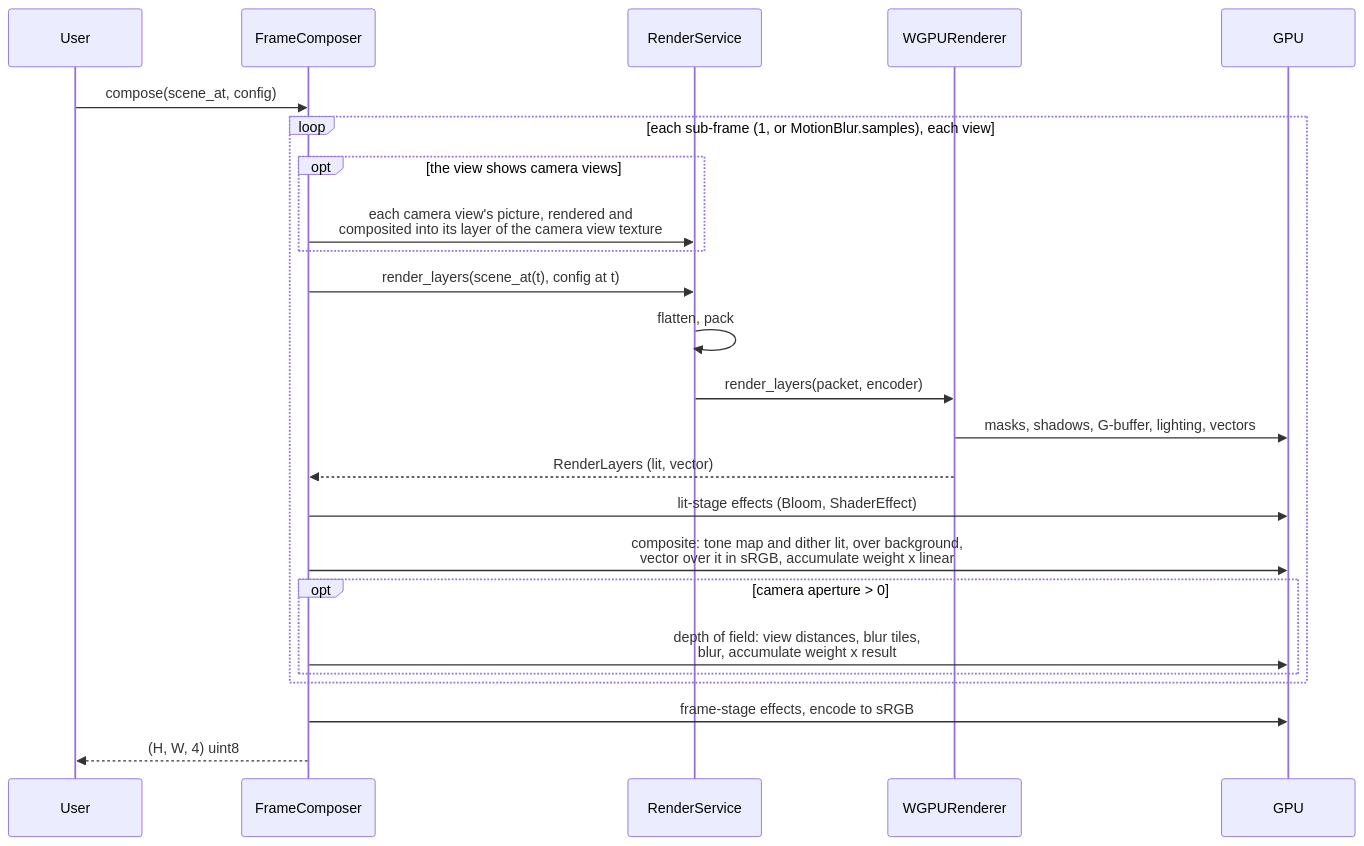
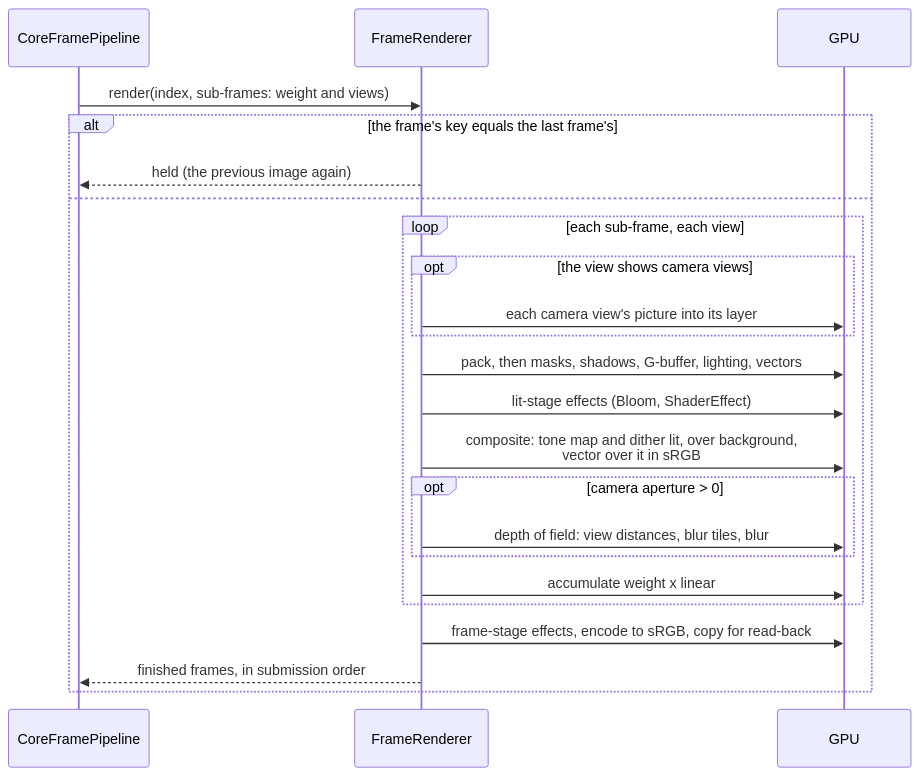
Before and after one commit to MrDiver/manim: the fourth of 5 diagrams in manimx/manimx/renderer/README.md, drawn with Mermaid. The commit also changed other lines of this file and 200 other files, not shown here.

````diff
--- a/manimx/manimx/renderer/README.md
+++ b/manimx/manimx/renderer/README.md
@@ -405,27 +340,26 @@
 ```mermaid
 sequenceDiagram
-    participant User
-    participant Composer as FrameComposer
-    participant Service as RenderService
-    participant Renderer as WGPURenderer
+    participant Py as CoreFramePipeline
+    participant FR as FrameRenderer
     participant GPU
 
-    User->>Composer: compose(scene_at, config)
-    loop each sub-frame (1, or MotionBlur.samples), each view
-        opt the view shows camera views
-            Composer->>Service: each camera view's picture, rendered and<br/>composited into its layer of the camera view texture
+    Py->>FR: render(index, sub-frames: weight and views)
+    alt the frame's key equals the last frame's
+        FR-->>Py: held (the previous image again)
+    else
+        loop each sub-frame, each view
+            opt the view shows camera views
+                FR->>GPU: each camera view's picture into its layer
+            end
+            FR->>GPU: pack, then masks, shadows, G-buffer, lighting, vectors
+            FR->>GPU: lit-stage effects (Bloom, ShaderEffect)
+            FR->>GPU: composite: tone map and dither lit, over background,<br/>vector over it in sRGB
+            opt camera aperture > 0
+                FR->>GPU: depth of field: view distances, blur tiles, blur
+            end
+            FR->>GPU: accumulate weight x linear
         end
-        Composer->>Service: render_layers(scene_at(t), config at t)
-        Service->>Service: flatten, pack
-        Service->>Renderer: render_layers(packet, encoder)
-        Renderer->>GPU: masks, shadows, G-buffer, lighting, vectors
-        Renderer-->>Composer: RenderLayers (lit, vector)
-        Composer->>GPU: lit-stage effects (Bloom, ShaderEffect)
-        Composer->>GPU: composite: tone map and dither lit, over background,<br/>vector over it in sRGB, accumulate weight x linear
-        opt camera aperture > 0
-            Composer->>GPU: depth of field: view distances, blur tiles,<br/>blur, accumulate weight x result
-        end
+        FR->>GPU: frame-stage effects, encode to sRGB, copy for read-back
+        FR-->>Py: finished frames, in submission order
     end
-    Composer->>GPU: frame-stage effects, encode to sRGB
-    Composer-->>User: (H, W, 4) uint8
 ```
````
